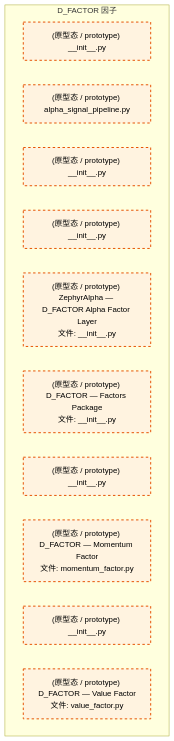
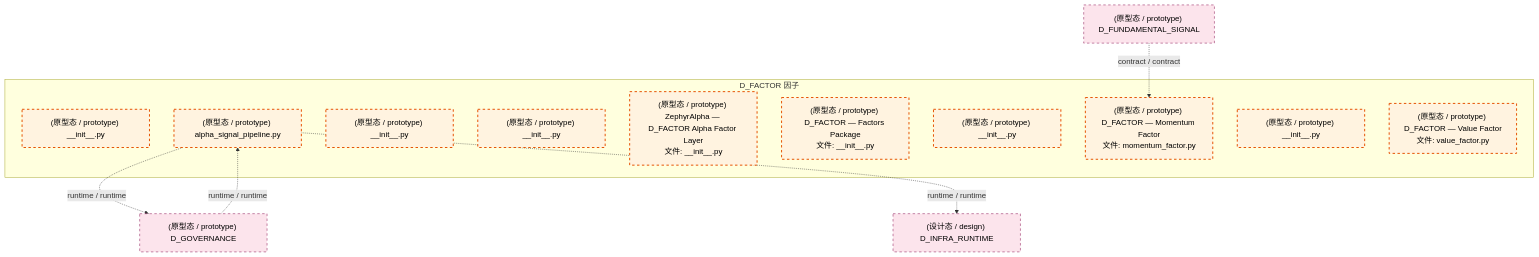
The third of 4 diagrams in docs/02_enterprise_architecture/02_domain_architecture_docs/34_d_factor.md (xuanFelixVan/ZephyrAlpha), drawn with Mermaid before and after one commit. The commit also changed other lines of this file and 112 other files, not shown here.

````diff
--- a/docs/02_enterprise_architecture/02_domain_architecture_docs/34_d_factor.md
+++ b/docs/02_enterprise_architecture/02_domain_architecture_docs/34_d_factor.md
@@ -144,20 +150,28 @@
 ```mermaid
 graph TD
     subgraph D_FACTOR["D_FACTOR 因子"]
         src_zephyr_factor_extensions_init_py["(原型态 / prototype) __init__.py"]
         src_zephyr_factor_alpha_signal_pipeline_py["(原型态 / prototype) alpha_signal_pipeline.py"]
         src_zephyr_factor_api_init_py["(原型态 / prototype) __init__.py"]
         src_zephyr_factor_core_init_py["(原型态 / prototype) __init__.py"]
         src_zephyr_factor_ctr_001_consumer_init_py["(原型态 / prototype) ZephyrAlpha — D_FACTOR Alpha Factor Layer<br/>文件: __init__.py"]
         src_zephyr_factor_engine_init_py["(原型态 / prototype) D_FACTOR — Factors Package<br/>文件: __init__.py"]
         src_zephyr_factor_infrastructure_init_py["(原型态 / prototype) __init__.py"]
         src_zephyr_factor_momentum_factor_py["(原型态 / prototype) D_FACTOR — Momentum Factor<br/>文件: momentum_factor.py"]
         src_zephyr_factor_services_init_py["(原型态 / prototype) __init__.py"]
         src_zephyr_factor_value_factor_py["(原型态 / prototype) D_FACTOR — Value Factor<br/>文件: value_factor.py"]
     end
+    D_GOVERNANCE["(原型态 / prototype) D_GOVERNANCE"]
+    src_zephyr_factor_alpha_signal_pipeline_py -.->|runtime / runtime| D_GOVERNANCE
+    D_INFRA_RUNTIME["(设计态 / design) D_INFRA_RUNTIME"]
+    src_zephyr_factor_alpha_signal_pipeline_py -.->|runtime / runtime| D_INFRA_RUNTIME
+    D_GOVERNANCE -.->|runtime / runtime| src_zephyr_factor_alpha_signal_pipeline_py
+    D_FUNDAMENTAL_SIGNAL["(原型态 / prototype) D_FUNDAMENTAL_SIGNAL"]
+    D_FUNDAMENTAL_SIGNAL -.->|contract / contract| src_zephyr_factor_momentum_factor_py
     classDef production fill:#e1f5fe,stroke:#01579b,stroke-width:2px,color:#000
     classDef design fill:#fff3e0,stroke:#e65100,stroke-width:2px,color:#000,stroke-dasharray: 5 5
     classDef external_prod fill:#e8f5e9,stroke:#1b5e20,stroke-width:1px,color:#000
     classDef external_design fill:#fce4ec,stroke:#880e4f,stroke-width:1px,color:#000,stroke-dasharray: 5 5
     class src_zephyr_factor_extensions_init_py,src_zephyr_factor_alpha_signal_pipeline_py,src_zephyr_factor_api_init_py,src_zephyr_factor_core_init_py,src_zephyr_factor_ctr_001_consumer_init_py,src_zephyr_factor_engine_init_py,src_zephyr_factor_infrastructure_init_py,src_zephyr_factor_momentum_factor_py,src_zephyr_factor_services_init_py,src_zephyr_factor_value_factor_py design
+    class D_GOVERNANCE,D_INFRA_RUNTIME,D_FUNDAMENTAL_SIGNAL external_design
 ```
````
